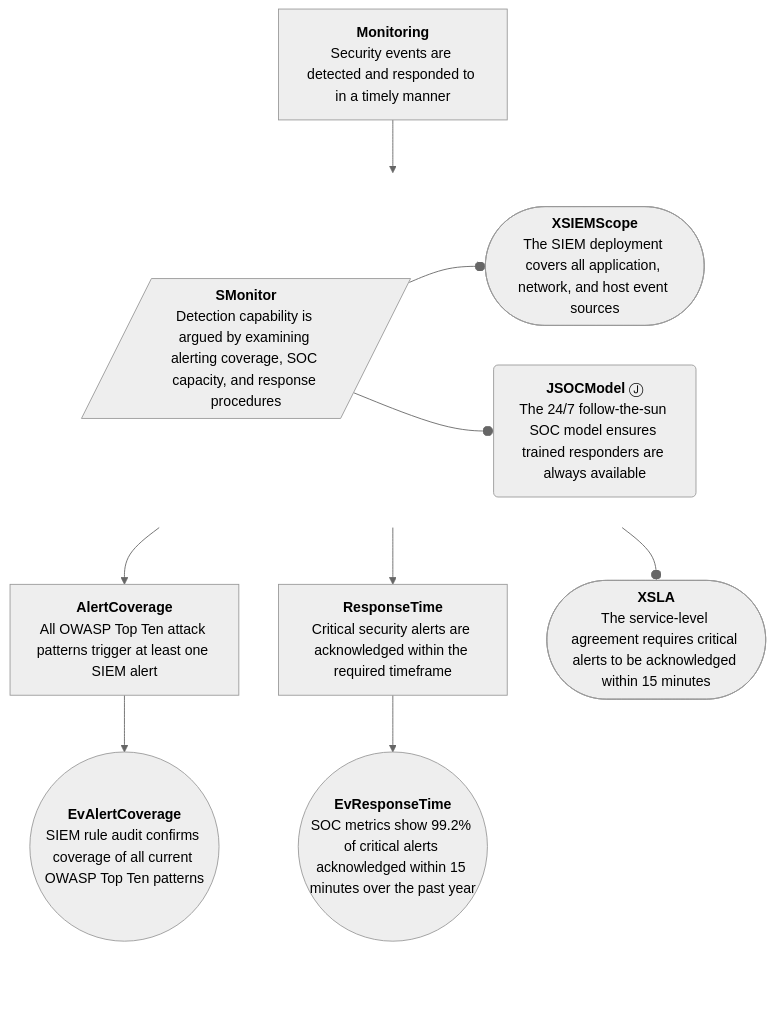
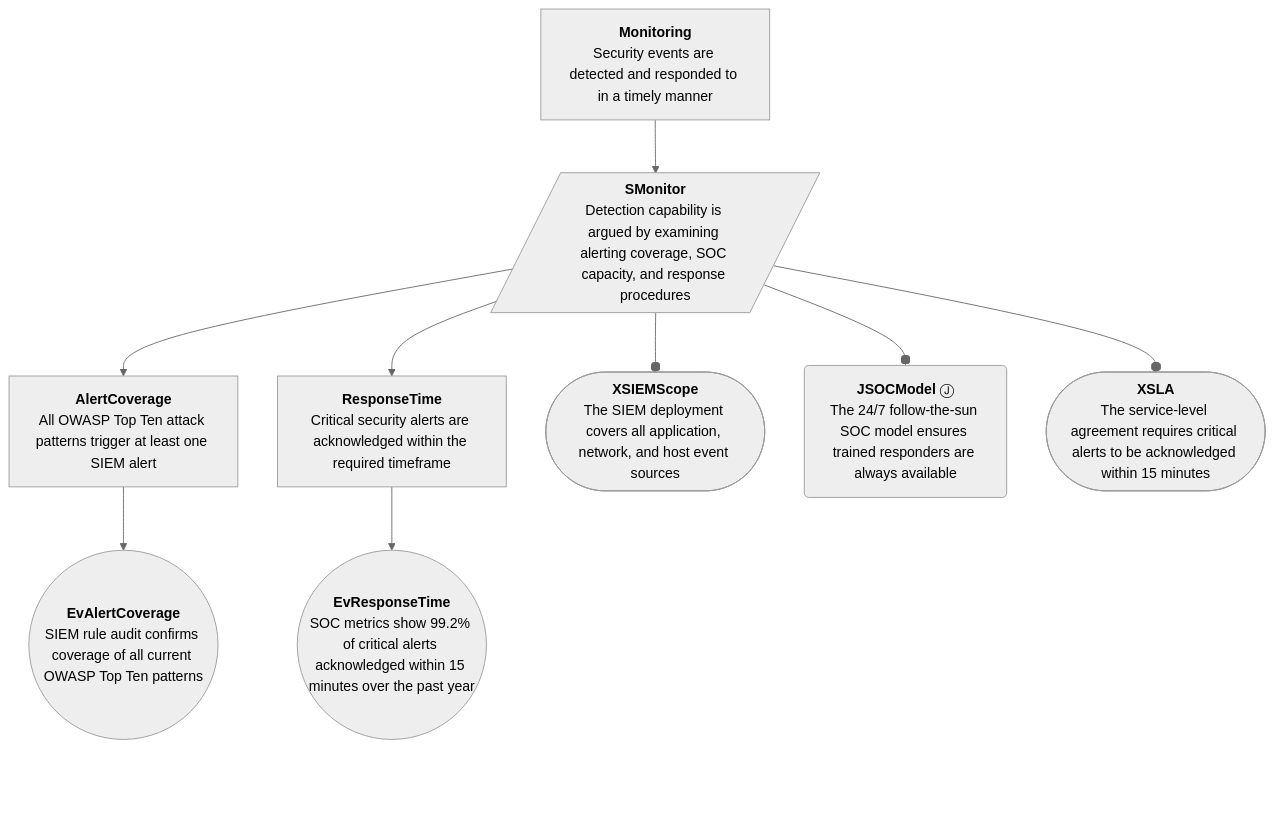
One commit to david-a-wheeler/caseproc changed the eighth of 12 diagrams in tests/fixtures/demo-output.expected.md. Above: the diagram before and after it, drawn with Mermaid. The commit also changed other lines of this file and 1 other file, not shown here.

````diff
--- a/tests/fixtures/demo-output.expected.md
+++ b/tests/fixtures/demo-output.expected.md
@@ -496,50 +491,48 @@
 ```mermaid
 ---
 config:
   theme: neutral
   flowchart:
     curve: basis
     htmlLabels: true
     rankSpacing: 60
     nodeSpacing: 45
     padding: 15
 ---
 flowchart TD
     classDef invisible opacity:0
     classDef gsnUndev stroke-width:2px,stroke-dasharray: 5 5;
     classDef connector fill:none,stroke:#cccccc,stroke-width:1px;
     Monitoring["<b>Monitoring</b><br>Security events are detected and responded to in a timely manner"]
     SMonitor[/"<b>SMonitor</b><br>Detection capability is argued by examining alerting coverage, SOC capacity, and response procedures"/]
     XSIEMScope(["<b>XSIEMScope</b><br>The SIEM deployment covers all application, network, and host event sources"])
     JSOCModel("<b>JSOCModel</b>&nbsp;Ⓙ<br>The 24/7 follow-the-sun SOC model ensures trained responders are always available")
     XSLA(["<b>XSLA</b><br>The service-level agreement requires critical alerts to be acknowledged within 15 minutes"])
     AlertCoverage["<b>AlertCoverage</b><br>All OWASP Top Ten attack patterns trigger at least one SIEM alert"]
     ResponseTime["<b>ResponseTime</b><br>Critical security alerts are acknowledged within the required timeframe"]
     EvAlertCoverage(("<b>EvAlertCoverage</b><br>SIEM rule audit confirms coverage of all current OWASP Top Ten patterns"))
     EvResponseTime(("<b>EvResponseTime</b><br>SOC metrics show 99.2% of critical alerts acknowledged within 15 minutes over the past year"))
     click Monitoring "https://github.com/david-a-wheeler/verocase/blob/main/tests/fixtures/demo-output.expected.md#claim-monitoring"
     click SMonitor "https://github.com/david-a-wheeler/verocase/blob/main/tests/fixtures/demo-output.expected.md#strategy-smonitor"
     click XSIEMScope "https://github.com/david-a-wheeler/verocase/blob/main/tests/fixtures/demo-output.expected.md#context-xsiemscope"
     click JSOCModel "https://github.com/david-a-wheeler/verocase/blob/main/tests/fixtures/demo-output.expected.md#justification-jsocmodel"
     click XSLA "https://github.com/david-a-wheeler/verocase/blob/main/tests/fixtures/demo-output.expected.md#context-xsla"
     click AlertCoverage "https://github.com/david-a-wheeler/verocase/blob/main/tests/fixtures/demo-output.expected.md#claim-alertcoverage"
     click ResponseTime "https://github.com/david-a-wheeler/verocase/blob/main/tests/fixtures/demo-output.expected.md#claim-responsetime"
     click EvAlertCoverage "https://github.com/david-a-wheeler/verocase/blob/main/tests/fixtures/demo-output.expected.md#evidence-evalertcoverage"
     click EvResponseTime "https://github.com/david-a-wheeler/verocase/blob/main/tests/fixtures/demo-output.expected.md#evidence-evresponsetime"
 
-    subgraph SgCJ1 [ ]
-        direction LR
-        SMonitor --o XSIEMScope
-        SMonitor --o JSOCModel
-    end
-    style SgCJ1 fill:none,stroke:none
     Monitoring --> SMonitor
+    SMonitor --o XSIEMScope
+    SMonitor --o JSOCModel
     SMonitor --o XSLA
     SMonitor --> AlertCoverage
     AlertCoverage --> EvAlertCoverage
     SMonitor --> ResponseTime
     ResponseTime --> EvResponseTime
-    XSLA ~~~ BottomPadding1[ ]:::invisible
-    EvAlertCoverage ~~~ BottomPadding2[ ]:::invisible
-    EvResponseTime ~~~ BottomPadding3[ ]:::invisible
+    XSIEMScope ~~~ BottomPadding1[ ]:::invisible
+    JSOCModel ~~~ BottomPadding2[ ]:::invisible
+    XSLA ~~~ BottomPadding3[ ]:::invisible
+    EvAlertCoverage ~~~ BottomPadding4[ ]:::invisible
+    EvResponseTime ~~~ BottomPadding5[ ]:::invisible
 ```
````
